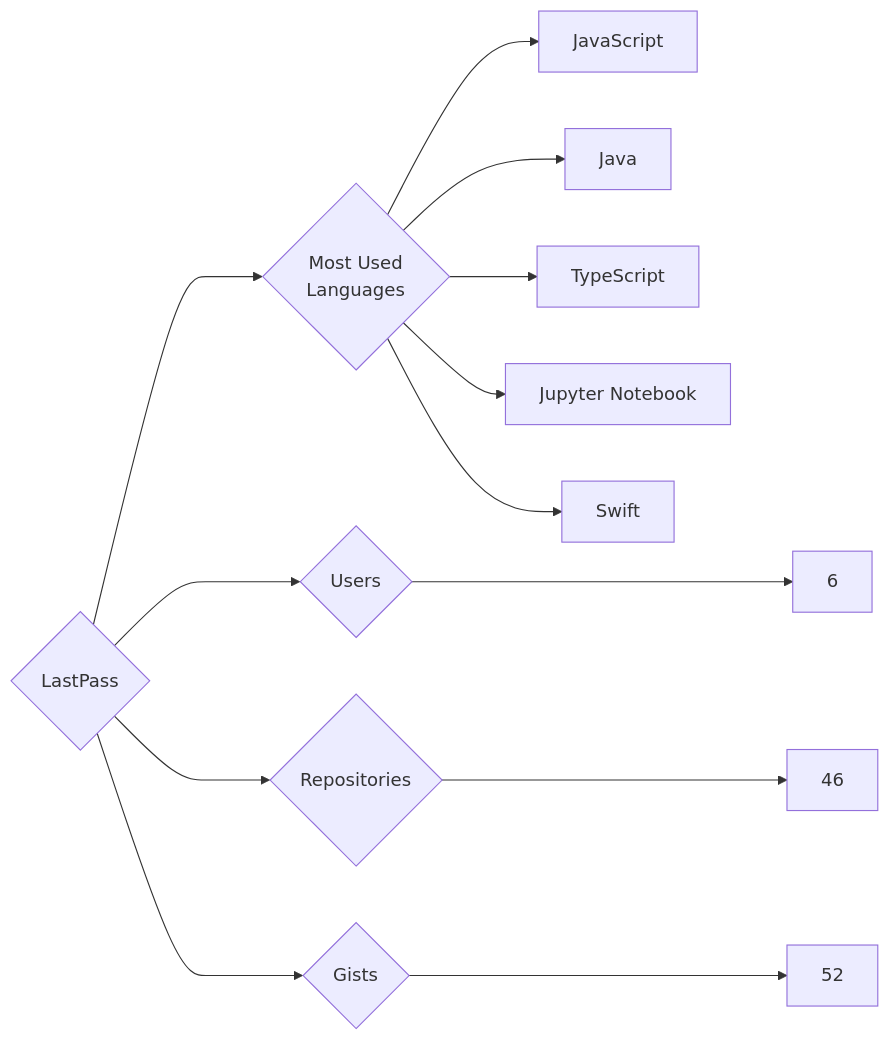
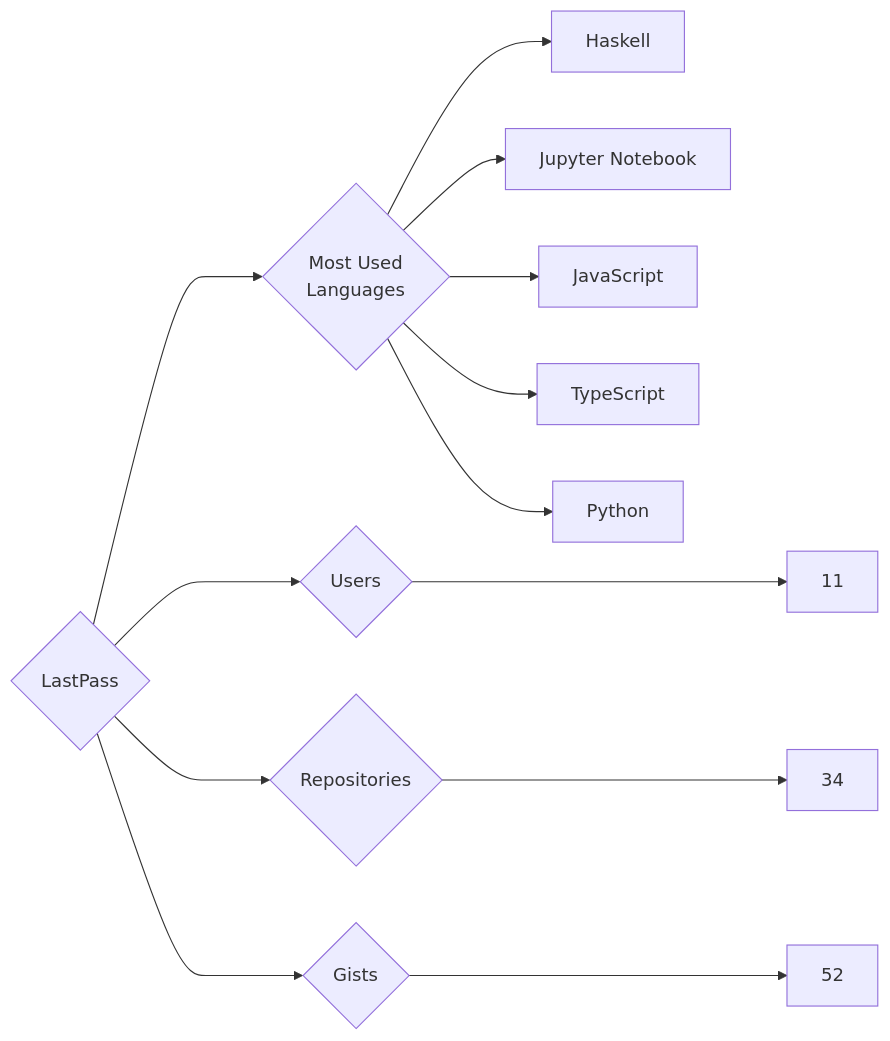
The diagram in targets/LastPass/README.md (trickest/insiders), drawn with Mermaid before and after one commit. The commit also changed 826 other files, not shown here.

````diff
--- a/targets/LastPass/README.md
+++ b/targets/LastPass/README.md
@@ -3,13 +3,13 @@
 ```mermaid
 graph LR
 COMPANY_NAME{LastPass}
-COMPANY_NAME ---> U{Users} ---> UN[6]
-COMPANY_NAME ---> R{Repositories} ---> RN[46]
+COMPANY_NAME ---> U{Users} ---> UN[11]
+COMPANY_NAME ---> R{Repositories} ---> RN[34]
 COMPANY_NAME ---> G{Gists} ---> GN[52]
 COMPANY_NAME ---> ML{Most Used<br>Languages}
+ML --> Haskell[Haskell]
+ML --> Jupyter_Notebook[Jupyter Notebook]
 ML --> JavaScript[JavaScript]
-ML --> Java[Java]
 ML --> TypeScript[TypeScript]
-ML --> Jupyter_Notebook[Jupyter Notebook]
-ML --> Swift[Swift]
+ML --> Python[Python]
 ```
````
